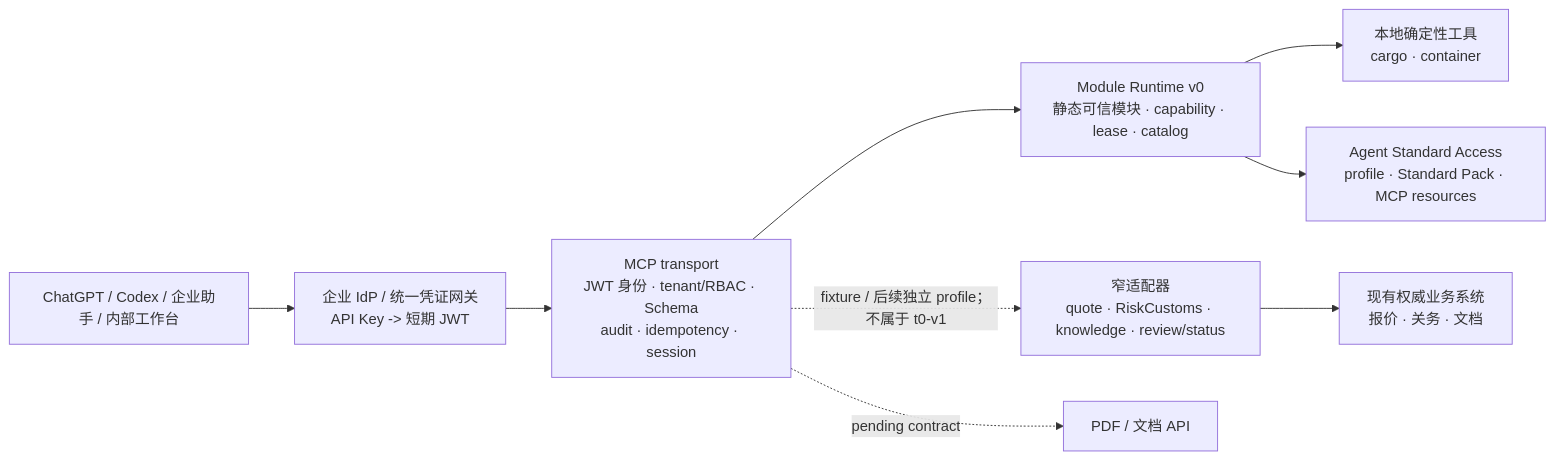
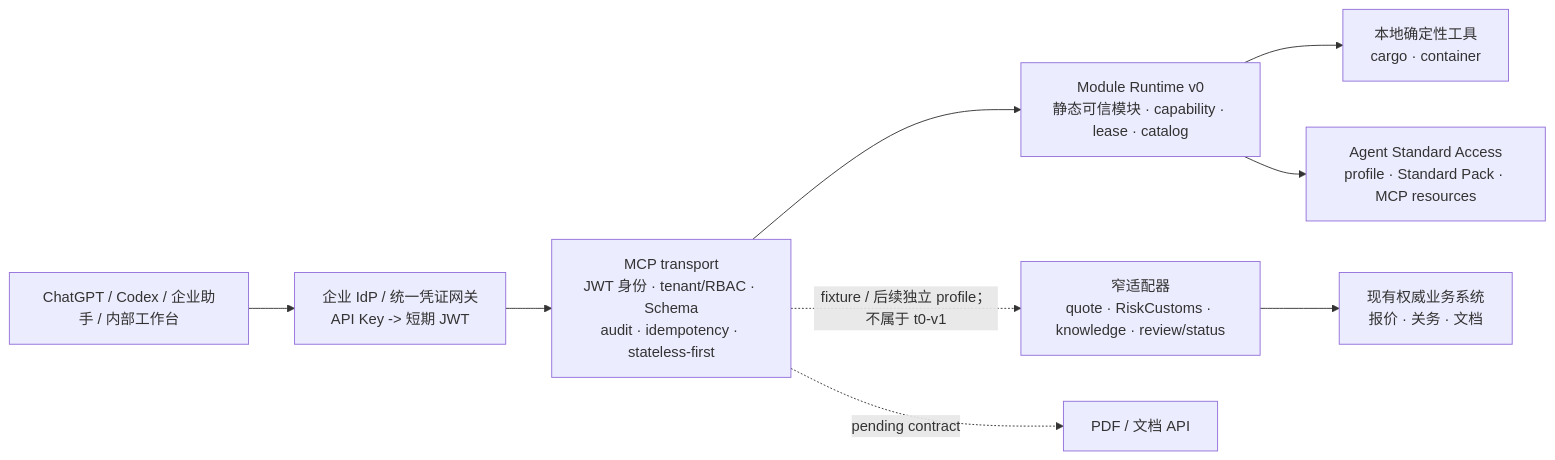
The first of 3 diagrams in README.md (zqj372-ops/cross-border-logistics-mcp), drawn with Mermaid before and after one commit. The commit also changed other lines of this file and 31 other files, not shown here.

Commit message:
feat: add stateless-first mcp server architecture

```diff
--- a/README.md
+++ b/README.md
@@ -23,11 +23,11 @@
 ~~~mermaid
 flowchart LR
   C["ChatGPT / Codex / 企业助手 / 内部工作台"] --> G["企业 IdP / 统一凭证网关\nAPI Key -> 短期 JWT"]
-  G --> T["MCP transport\nJWT 身份 · tenant/RBAC · Schema\naudit · idempotency · session"]
+  G --> T["MCP transport\nJWT 身份 · tenant/RBAC · Schema\naudit · idempotency · stateless-first"]
   T --> H["Module Runtime v0\n静态可信模块 · capability · lease · catalog"]
   H --> L["本地确定性工具\ncargo · container"]
   H --> A["Agent Standard Access\nprofile · Standard Pack · MCP resources"]
   T -. "fixture / 后续独立 profile；不属于 t0-v1" .-> X["窄适配器\nquote · RiskCustoms · knowledge · review/status"]
   X --> S["现有权威业务系统\n报价 · 关务 · 文档"]
   T -. "pending contract" .-> P["PDF / 文档 API"]
 ~~~
```
